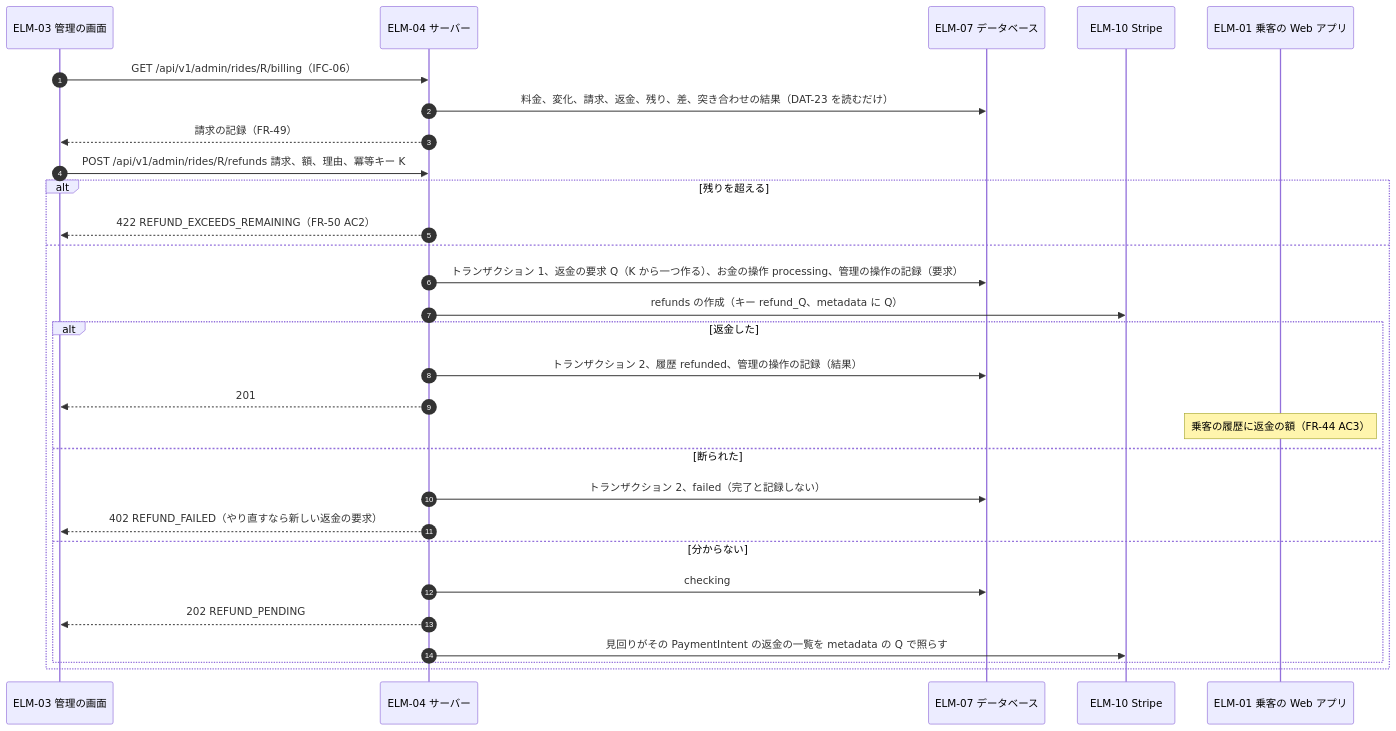
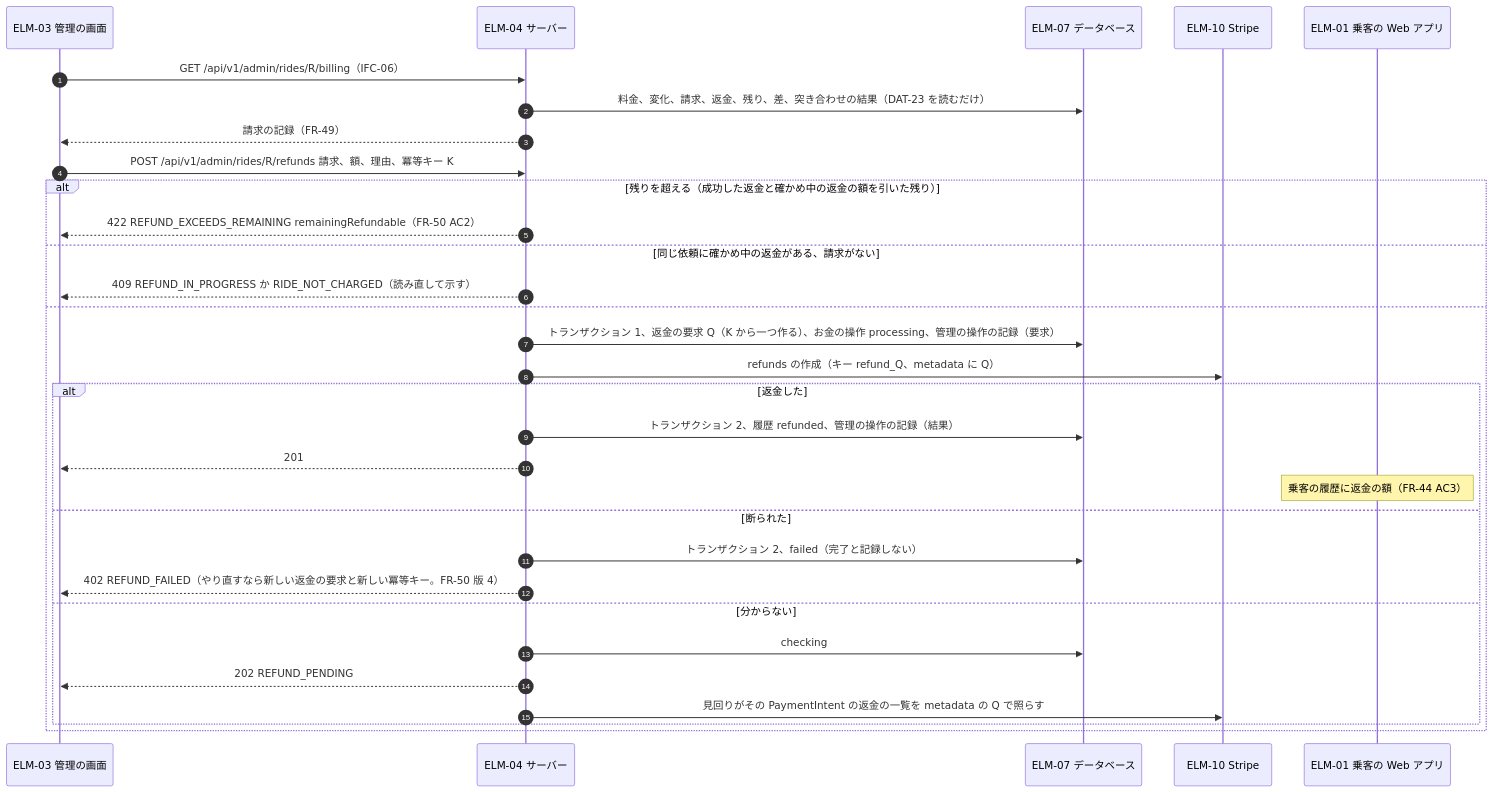
One commit to Taro000/ride-hailing-app-demo changed diagram 17 of 44 in docs/design/3-high-level-design.md. Above: the diagram before and after it, drawn with Mermaid. The commit also changed other lines of this file and 92 other files, not shown here.

First line of the commit message:
architecture-to-high-level-design 再実行: 指摘 FND-30〜43・45〜48 を受け入れ、第 2 段階と品質チェーンの再実行に追随する

````diff
--- a/docs/design/3-high-level-design.md
+++ b/docs/design/3-high-level-design.md
@@ -958,31 +1187,33 @@
 ```mermaid
 sequenceDiagram
   autonumber
   participant BO as ELM-03 管理の画面
   participant SRV as ELM-04 サーバー
   participant DB as ELM-07 データベース
   participant ST as ELM-10 Stripe
   participant PA as ELM-01 乗客の Web アプリ
   BO->>SRV: GET /api/v1/admin/rides/R/billing（IFC-06）
   SRV->>DB: 料金、変化、請求、返金、残り、差、突き合わせの結果（DAT-23 を読むだけ）
   SRV-->>BO: 請求の記録（FR-49）
   BO->>SRV: POST /api/v1/admin/rides/R/refunds 請求、額、理由、冪等キー K
-  alt 残りを超える
-    SRV-->>BO: 422 REFUND_EXCEEDS_REMAINING（FR-50 AC2）
+  alt 残りを超える（成功した返金と確かめ中の返金の額を引いた残り）
+    SRV-->>BO: 422 REFUND_EXCEEDS_REMAINING remainingRefundable（FR-50 AC2）
+  else 同じ依頼に確かめ中の返金がある、請求がない
+    SRV-->>BO: 409 REFUND_IN_PROGRESS か RIDE_NOT_CHARGED（読み直して示す）
   else
     SRV->>DB: トランザクション 1、返金の要求 Q（K から一つ作る）、お金の操作 processing、管理の操作の記録（要求）
     SRV->>ST: refunds の作成（キー refund_Q、metadata に Q）
     alt 返金した
       SRV->>DB: トランザクション 2、履歴 refunded、管理の操作の記録（結果）
       SRV-->>BO: 201
       Note over PA: 乗客の履歴に返金の額（FR-44 AC3）
     else 断られた
       SRV->>DB: トランザクション 2、failed（完了と記録しない）
-      SRV-->>BO: 402 REFUND_FAILED（やり直すなら新しい返金の要求）
+      SRV-->>BO: 402 REFUND_FAILED（やり直すなら新しい返金の要求と新しい冪等キー。FR-50 版 4）
     else 分からない
       SRV->>DB: checking
       SRV-->>BO: 202 REFUND_PENDING
       SRV->>ST: 見回りがその PaymentIntent の返金の一覧を metadata の Q で照らす
     end
   end
 ```
````
